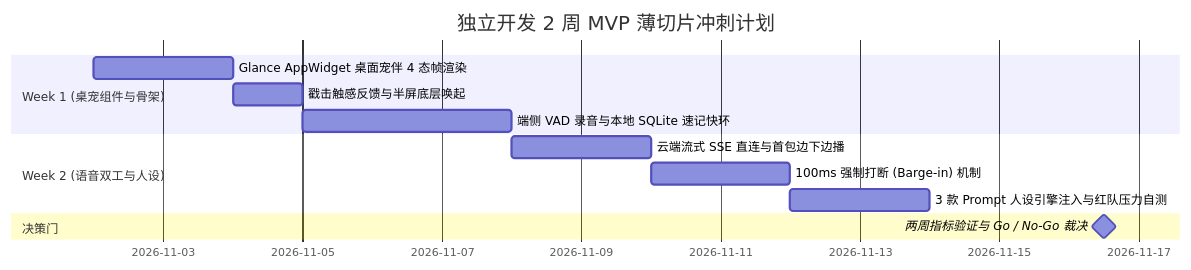
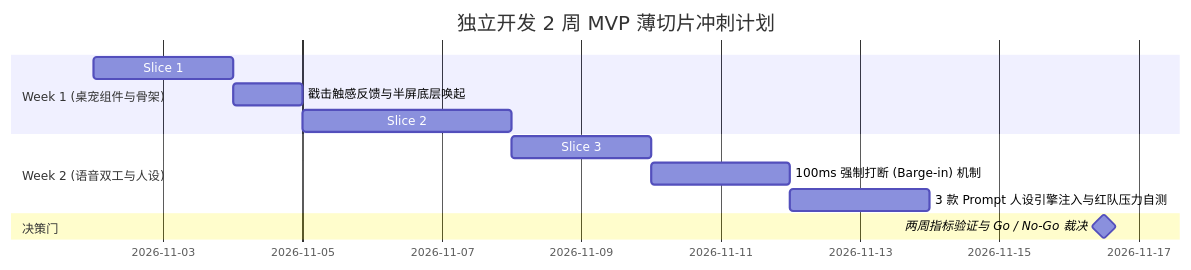
Before and after one commit to feixiao/ai-native-pm: the third of 3 diagrams in docs/prd/PRD_PIXEL10_DESKTOP_AI_PET_MVP_v1.0.md, drawn with Mermaid. The commit also changed other lines of this file and 5 other files, not shown here.

````diff
--- a/docs/prd/PRD_PIXEL10_DESKTOP_AI_PET_MVP_v1.0.md
+++ b/docs/prd/PRD_PIXEL10_DESKTOP_AI_PET_MVP_v1.0.md
@@ -322,15 +338,15 @@
 ```mermaid
 gantt
     title 独立开发 2 周 MVP 薄切片冲刺计划
     dateFormat  YYYY-MM-DD
     section Week 1 (桌宠组件与骨架)
-    Glance AppWidget 桌面宠伴 4 态帧渲染     :a1, 2026-11-02, 2d
+    Slice 1: Glance AppWidget 4态帧渲染      :a1, 2026-11-02, 2d
     戳击触感反馈与半屏底层唤起              :a2, after a1, 1d
-    端侧 VAD 录音与本地 SQLite 速记快环     :a3, after a2, 3d
+    Slice 2: 端侧 VAD 录音与本地 SQLite 速记 :a3, after a2, 3d
     section Week 2 (语音双工与人设)
-    云端流式 SSE 直连与首包边下边播        :b1, 2026-11-08, 2d
+    Slice 3: 云端流式 SSE 直连边下边播       :b1, 2026-11-08, 2d
     100ms 强制打断 (Barge-in) 机制         :b2, after b1, 2d
     3 款 Prompt 人设引擎注入与红队压力自测 :b3, after b2, 2d
     section 决策门
     两周指标验证与 Go / No-Go 裁决         :milestone, 2026-11-16, 1d
 ```
````
